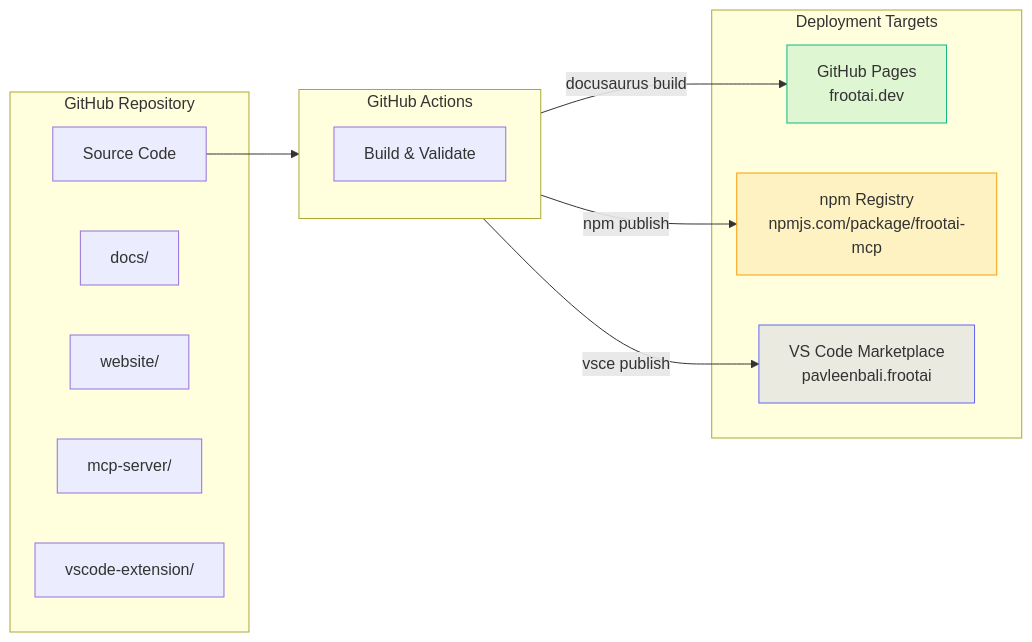
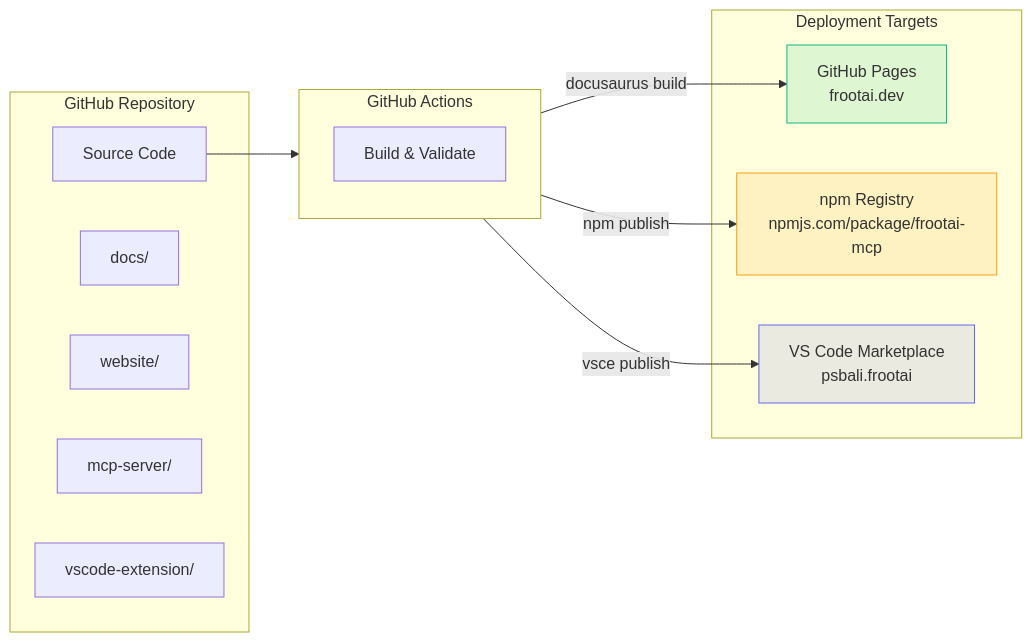
The eighth of 8 diagrams in docs/architecture-overview.md (frootai/frootai), drawn with Mermaid before and after one commit. The commit also changed 37 other files, not shown here.

````diff
--- a/docs/architecture-overview.md
+++ b/docs/architecture-overview.md
@@ -331,29 +331,29 @@
 ```mermaid
 graph LR
     subgraph Source["GitHub Repository"]
         Code["Source Code"]
         Docs2["docs/"]
         Web["website/"]
         MCP2["mcp-server/"]
         Ext["vscode-extension/"]
     end
 
     subgraph CI["GitHub Actions"]
         Build["Build & Validate"]
     end
 
     subgraph Targets["Deployment Targets"]
         GHP["GitHub Pages<br/>frootai.dev"]
         NPM["npm Registry<br/>npmjs.com/package/frootai-mcp"]
-        VSCM["VS Code Marketplace<br/>pavleenbali.frootai"]
+        VSCM["VS Code Marketplace<br/>psbali.frootai"]
     end
 
     Code --> CI
     CI -->|"docusaurus build"| GHP
     CI -->|"npm publish"| NPM
     CI -->|"vsce publish"| VSCM
 
     style GHP fill:#10b98122,stroke:#10b981
     style NPM fill:#f59e0b22,stroke:#f59e0b
     style VSCM fill:#6366f122,stroke:#6366f1
 ```
````
